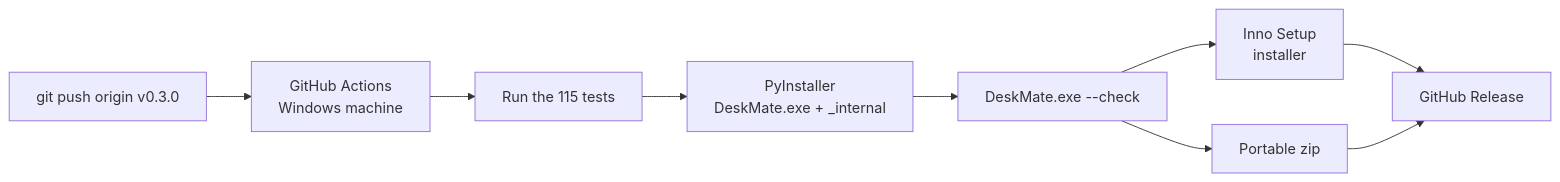
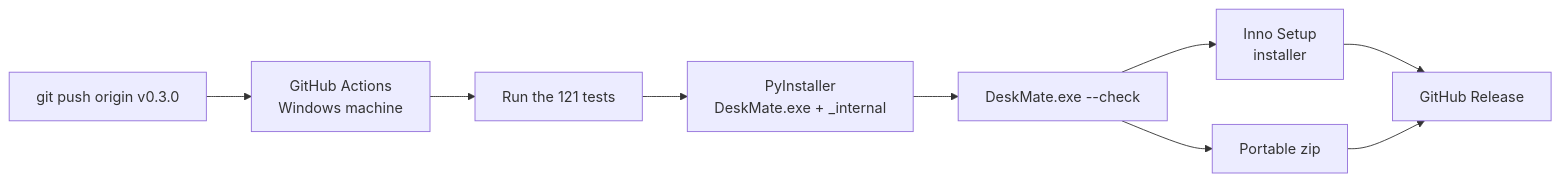
One commit to MuizKmz/deskmate changed the third of 3 diagrams in TUTORIAL.md. Above: the diagram before and after it, drawn with Mermaid. The commit also changed other lines of this file and 10 other files, not shown here.

````diff
--- a/TUTORIAL.md
+++ b/TUTORIAL.md
@@ -469,11 +467,11 @@
 ```mermaid
 flowchart LR
     T["git push origin v0.3.0"] --> GA[GitHub Actions<br/>Windows machine]
-    GA --> TS[Run the 115 tests]
+    GA --> TS[Run the 121 tests]
     TS --> PI["PyInstaller<br/>DeskMate.exe + _internal"]
     PI --> CK["DeskMate.exe --check"]
     CK --> IS[Inno Setup<br/>installer]
     CK --> ZIP[Portable zip]
     IS --> R[GitHub Release]
     ZIP --> R
 ```
````
